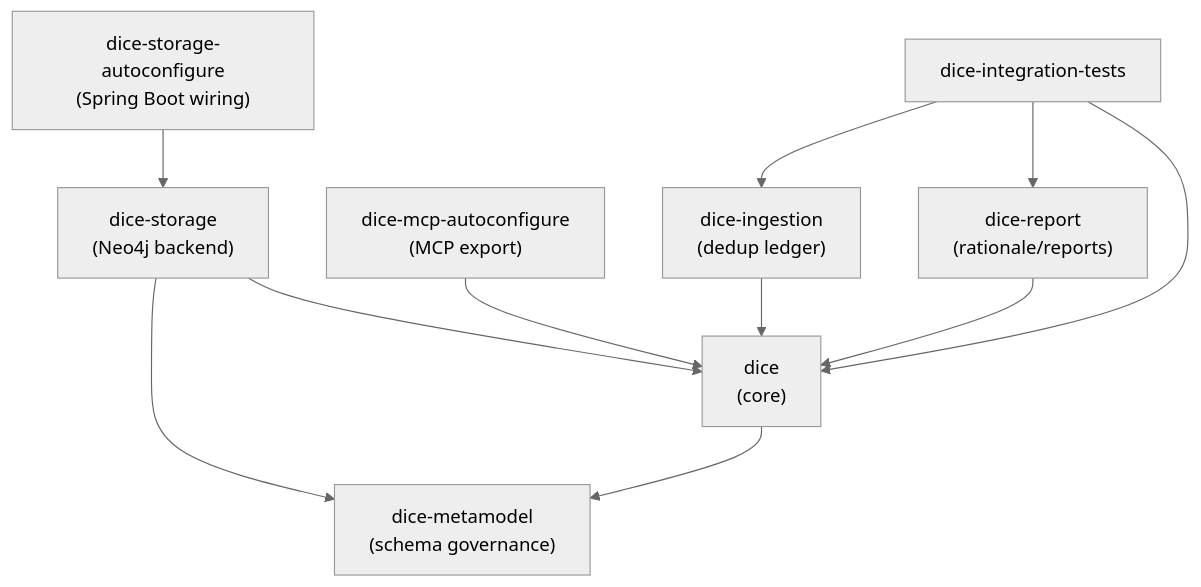
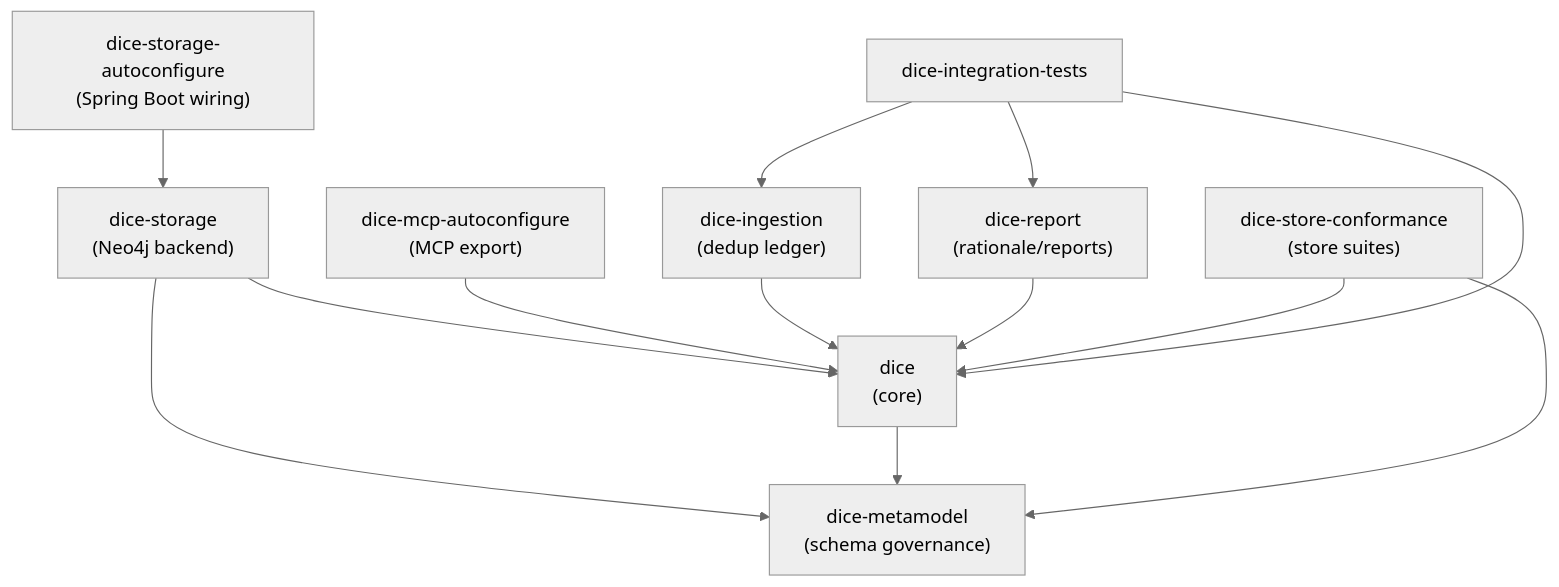
One commit to embabel/dice changed the first of 6 diagrams in docs/design/architecture.md. Above: the diagram before and after it, drawn with Mermaid (neutral theme). The commit also changed 7 other files, not shown here.

Commit message:
Document the conformance suites' fixture helpers and add the kit to the module diagram

````diff
--- a/docs/design/architecture.md
+++ b/docs/design/architecture.md
@@ -24,22 +24,25 @@
 ```mermaid
 flowchart TB
     dice["dice<br/>(core)"]
     storage["dice-storage<br/>(Neo4j backend)"]
     autoconf["dice-storage-autoconfigure<br/>(Spring Boot wiring)"]
     mcp["dice-mcp-autoconfigure<br/>(MCP export)"]
     ingestion["dice-ingestion<br/>(dedup ledger)"]
     report["dice-report<br/>(rationale/reports)"]
     metamodel["dice-metamodel<br/>(schema governance)"]
+    conformance["dice-store-conformance<br/>(store suites)"]
     itest["dice-integration-tests"]
 
     storage --> dice
     storage --> metamodel
     dice --> metamodel
     autoconf --> storage
     mcp --> dice
     ingestion --> dice
     report --> dice
+    conformance --> dice
+    conformance --> metamodel
     itest --> dice
     itest --> ingestion
     itest --> report
 ```
````
